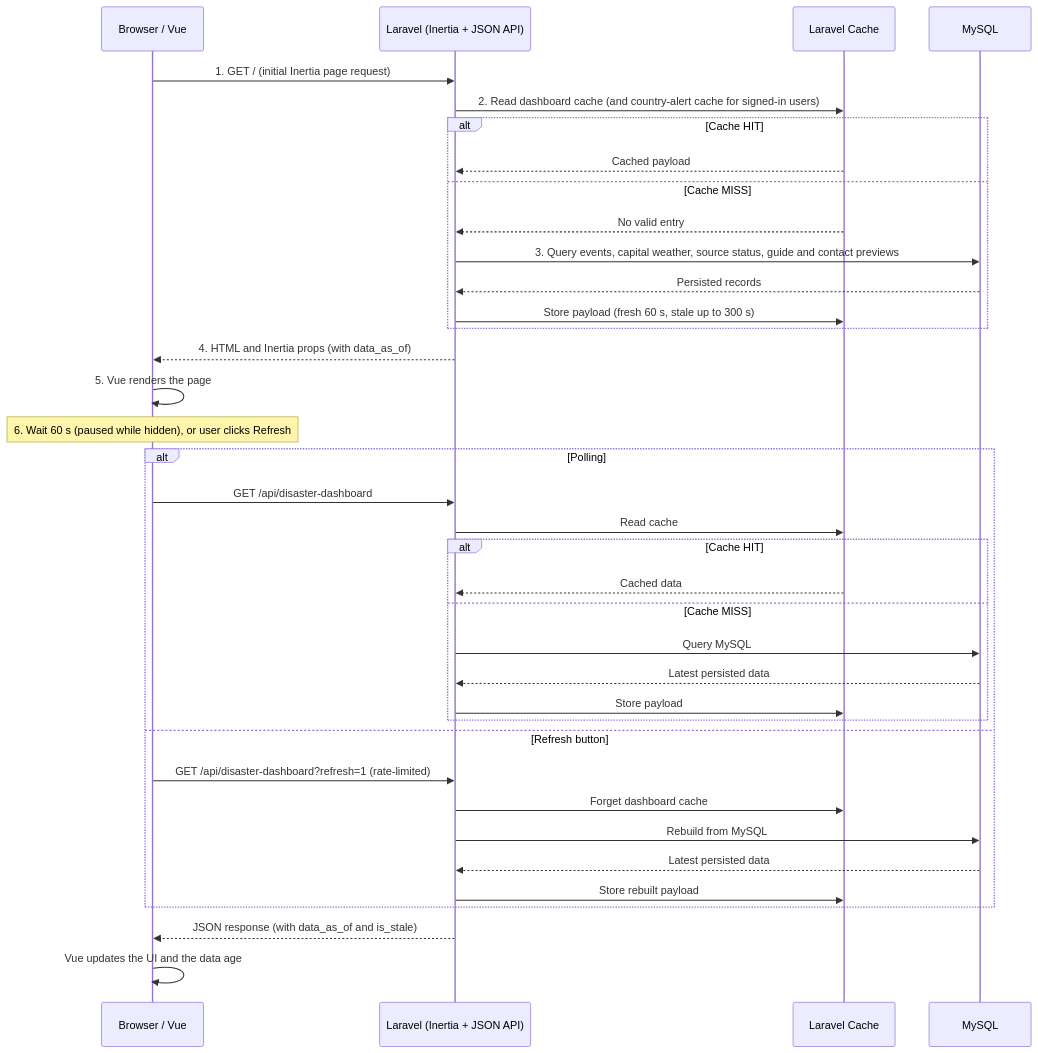
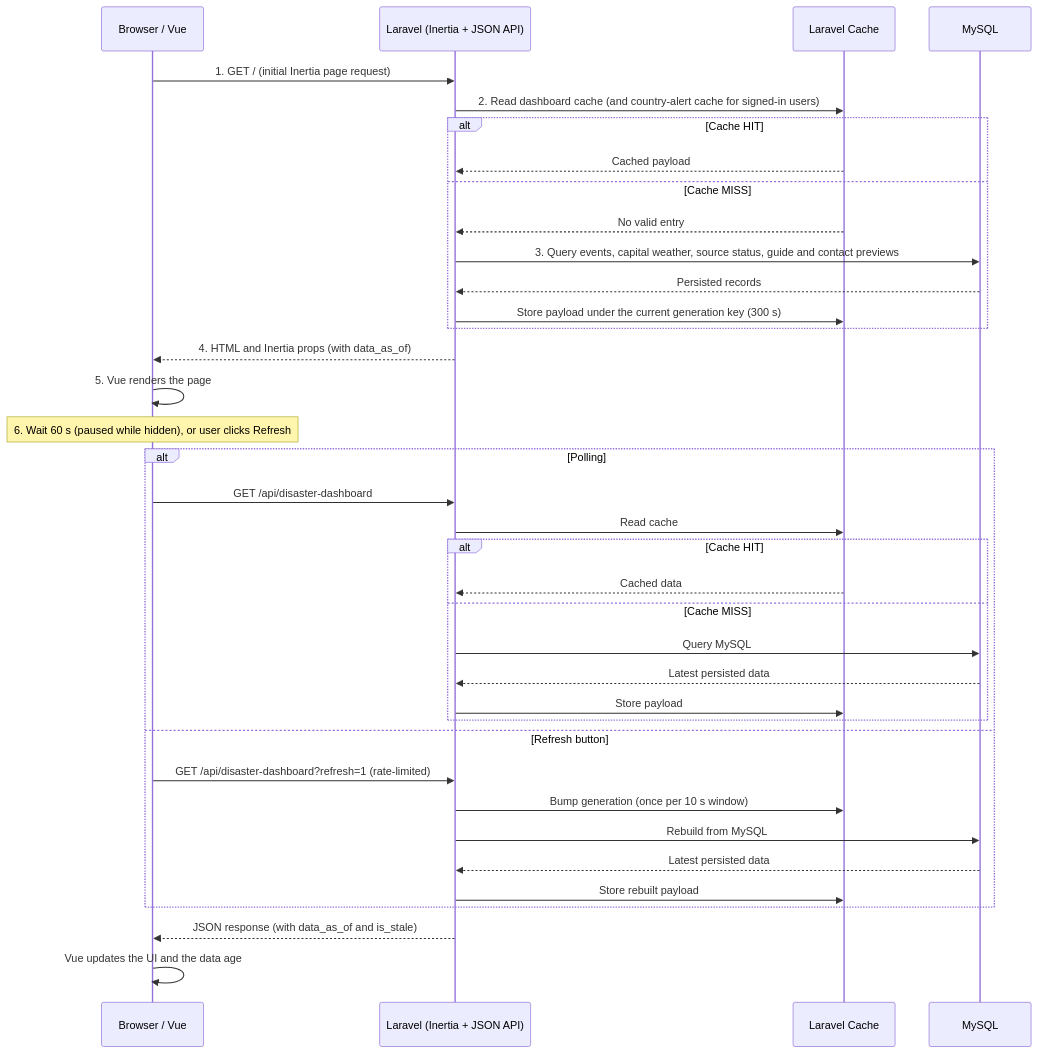
Before and after one commit to DevGuild-mm/DisasterLink_SEA: the eighth of 9 diagrams in docs/DisasterLink_SEA_HLD.md, drawn with Mermaid. The commit also changed other lines of this file, not shown here.

Commit message:
docs: HLD v1.4 cache layer and the three data operations

````diff
--- a/docs/DisasterLink_SEA_HLD.md
+++ b/docs/DisasterLink_SEA_HLD.md
@@ -1541,42 +1537,42 @@
 ```mermaid
 sequenceDiagram
     participant Browser as Browser / Vue
     participant Laravel as Laravel (Inertia + JSON API)
     participant Cache as Laravel Cache
     participant DB as MySQL
 
     Browser->>Laravel: 1. GET / (initial Inertia page request)
     Laravel->>Cache: 2. Read dashboard cache (and country-alert cache for signed-in users)
     alt Cache HIT
         Cache-->>Laravel: Cached payload
     else Cache MISS
         Cache-->>Laravel: No valid entry
         Laravel->>DB: 3. Query events, capital weather, source status, guide and contact previews
         DB-->>Laravel: Persisted records
-        Laravel->>Cache: Store payload (fresh 60 s, stale up to 300 s)
+        Laravel->>Cache: Store payload under the current generation key (300 s)
     end
     Laravel-->>Browser: 4. HTML and Inertia props (with data_as_of)
     Browser->>Browser: 5. Vue renders the page
 
     Note over Browser: 6. Wait 60 s (paused while hidden), or user clicks Refresh
 
     alt Polling
         Browser->>Laravel: GET /api/disaster-dashboard
         Laravel->>Cache: Read cache
         alt Cache HIT
             Cache-->>Laravel: Cached data
         else Cache MISS
             Laravel->>DB: Query MySQL
             DB-->>Laravel: Latest persisted data
             Laravel->>Cache: Store payload
         end
     else Refresh button
         Browser->>Laravel: GET /api/disaster-dashboard?refresh=1 (rate-limited)
-        Laravel->>Cache: Forget dashboard cache
+        Laravel->>Cache: Bump generation (once per 10 s window)
         Laravel->>DB: Rebuild from MySQL
         DB-->>Laravel: Latest persisted data
         Laravel->>Cache: Store rebuilt payload
     end
     Laravel-->>Browser: JSON response (with data_as_of and is_stale)
     Browser->>Browser: Vue updates the UI and the data age
 ```
````
